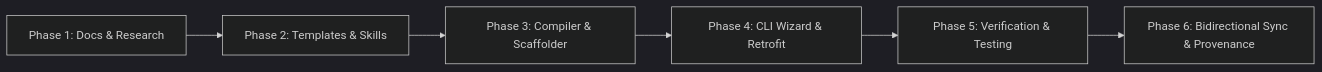
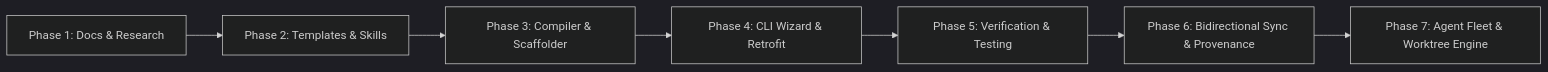
The diagram in docs/05-roadmap-and-implementation.md (InnerPeace080/ai-assist-bootstrap), drawn with Mermaid (dark theme) before and after one commit. The commit also changed other lines of this file and 10 other files, not shown here.

````diff
--- a/docs/05-roadmap-and-implementation.md
+++ b/docs/05-roadmap-and-implementation.md
@@ -91,11 +91,12 @@
 ```mermaid
 flowchart LR
     P1["Phase 1: Docs & Research"]
     P2["Phase 2: Templates & Skills"]
     P3["Phase 3: Compiler & Scaffolder"]
     P4["Phase 4: CLI Wizard & Retrofit"]
     P5["Phase 5: Verification & Testing"]
     P6["Phase 6: Bidirectional Sync & Provenance"]
+    P7["Phase 7: Agent Fleet & Worktree Engine"]
 
-    P1 --> P2 --> P3 --> P4 --> P5 --> P6
+    P1 --> P2 --> P3 --> P4 --> P5 --> P6 --> P7
 ```
````
